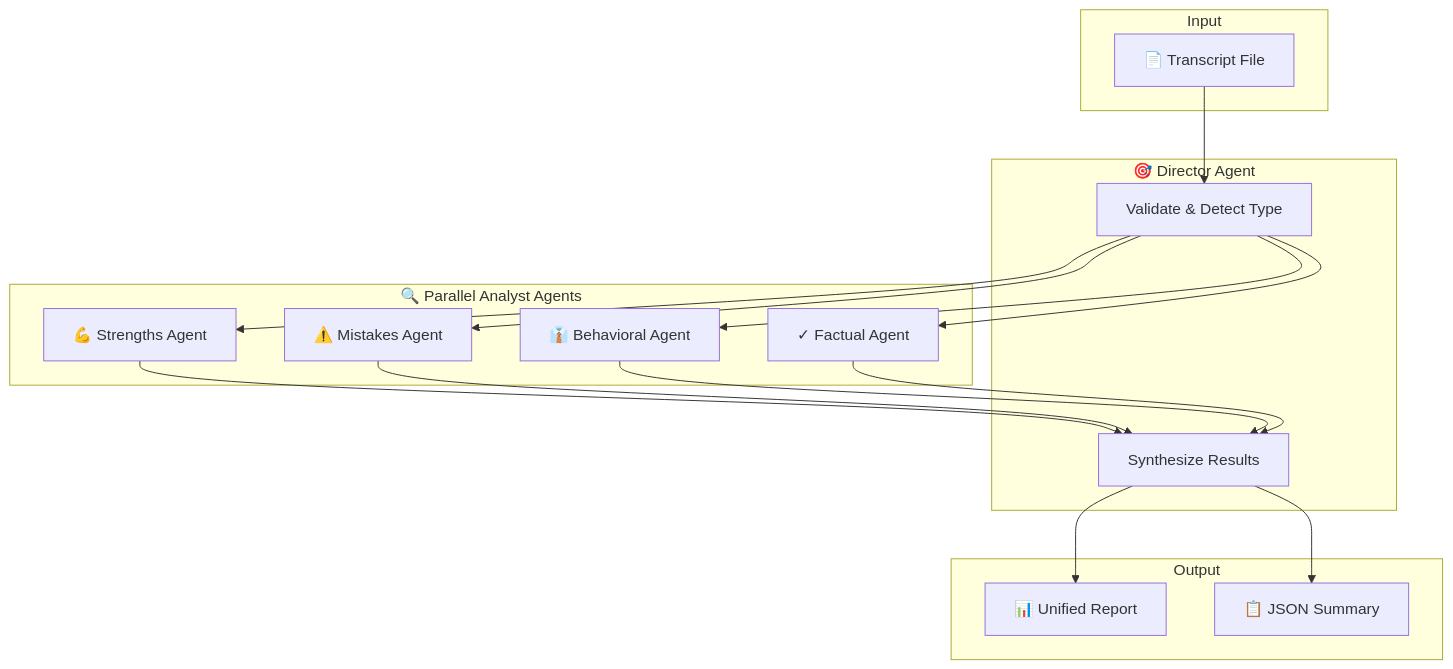
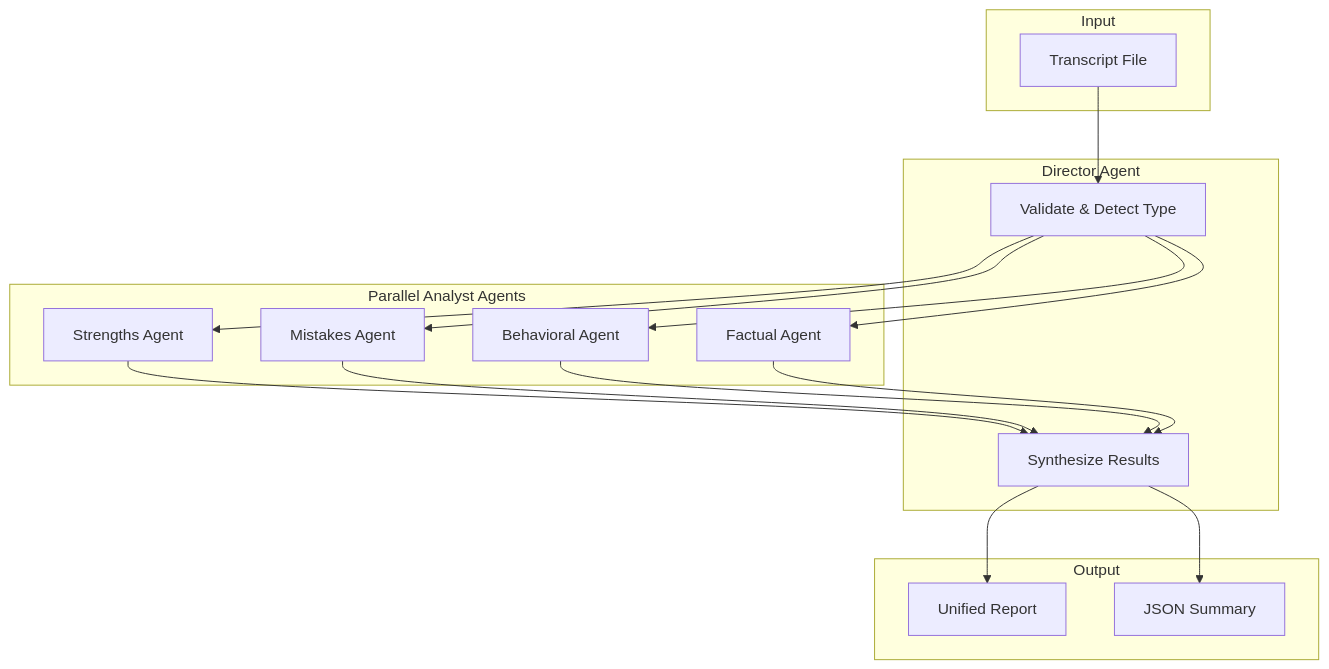
The first of 4 diagrams in README.md (vishnujayvel/transcription-analyzer), drawn with Mermaid before and after one commit. The commit also changed other lines of this file and 6 other files, not shown here.

````diff
--- a/README.md
+++ b/README.md
@@ -9,31 +29,31 @@
 ```mermaid
 flowchart TB
     subgraph Input
-        T[📄 Transcript File]
+        T[Transcript File]
     end
 
-    subgraph Director["🎯 Director Agent"]
+    subgraph Director["Director Agent"]
         V[Validate & Detect Type]
         S[Synthesize Results]
     end
 
-    subgraph Analysts["🔍 Parallel Analyst Agents"]
-        A1[💪 Strengths Agent]
-        A2[⚠️ Mistakes Agent]
-        A3[👔 Behavioral Agent]
-        A4[✓ Factual Agent]
+    subgraph Analysts["Parallel Analyst Agents"]
+        A1[Strengths Agent]
+        A2[Mistakes Agent]
+        A3[Behavioral Agent]
+        A4[Factual Agent]
     end
 
     subgraph Output
-        R[📊 Unified Report]
-        J[📋 JSON Summary]
+        R[Unified Report]
+        J[JSON Summary]
     end
 
     T --> V
     V --> A1 & A2 & A3 & A4
     A1 --> S
     A2 --> S
     A3 --> S
     A4 --> S
     S --> R & J
 ```
````
